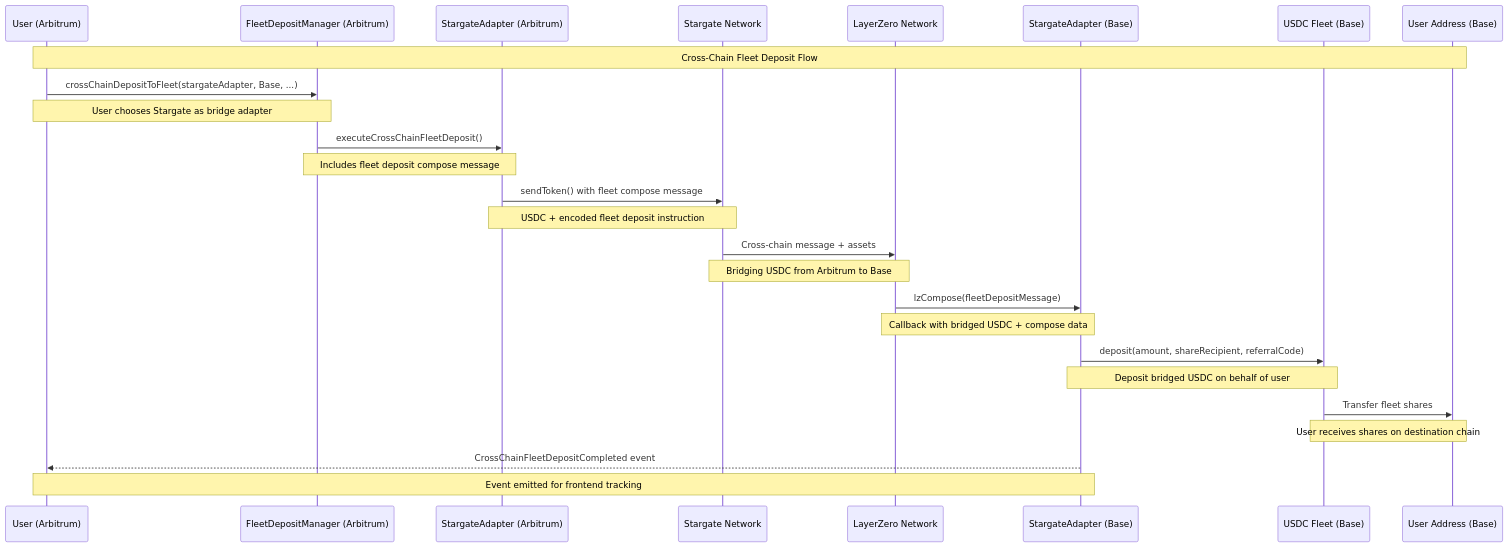
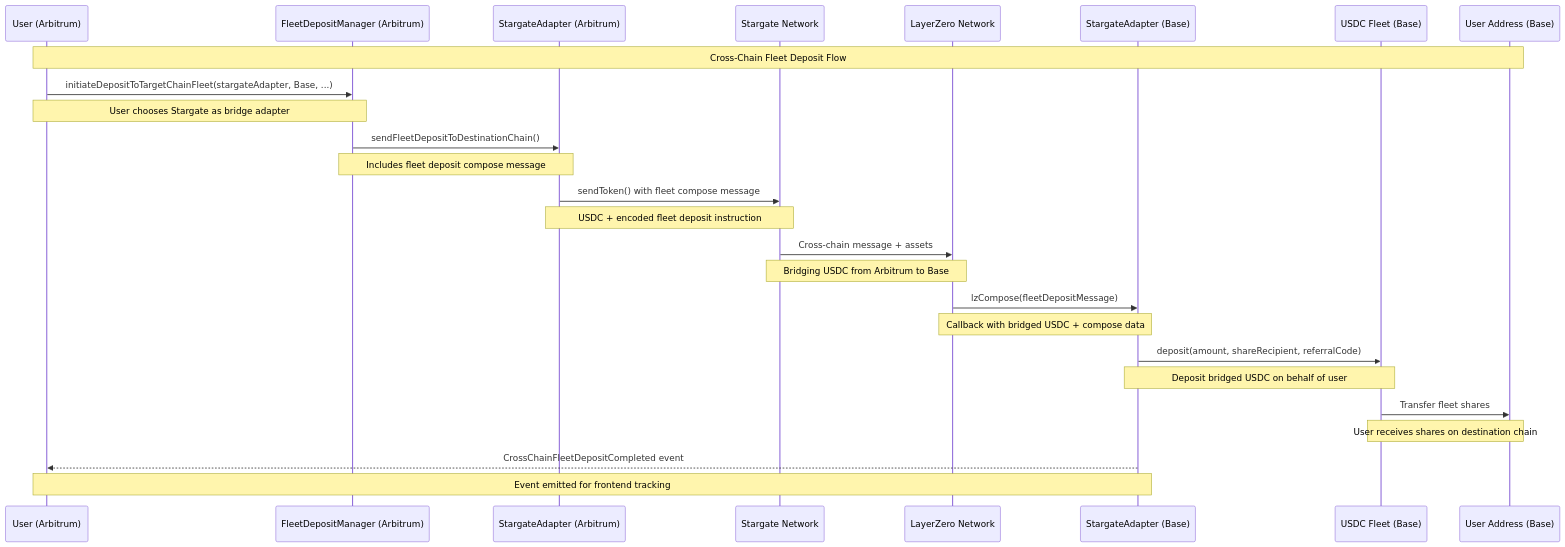
The third of 3 diagrams in packages/core-contracts/CROSS_CHAIN_FLEET_DEPOSITS.md (OasisDEX/summer-earn-protocol), drawn with Mermaid before and after one commit. The commit also changed other lines of this file and 6 other files, not shown here.

First line of the commit message:
refactor: rename and update fleet deposit functions for clarity and consistency

````diff
--- a/packages/core-contracts/CROSS_CHAIN_FLEET_DEPOSITS.md
+++ b/packages/core-contracts/CROSS_CHAIN_FLEET_DEPOSITS.md
@@ -254,41 +256,41 @@
 ```mermaid
 sequenceDiagram
     participant User as User (Arbitrum)
     participant FleetDepositManager as FleetDepositManager (Arbitrum)
     participant SourceAdapter as StargateAdapter (Arbitrum)  
     participant Stargate as Stargate Network
     participant LayerZero as LayerZero Network
     participant DestAdapter as StargateAdapter (Base)
     participant FleetCommander as USDC Fleet (Base)
     participant ShareRecipient as User Address (Base)
 
     Note over User,ShareRecipient: Cross-Chain Fleet Deposit Flow
     
     %% Source Chain Operations
-    User->>FleetDepositManager: crossChainDepositToFleet(stargateAdapter, Base, ...)
+    User->>FleetDepositManager: initiateDepositToTargetChainFleet(stargateAdapter, Base, ...)
     Note over User,FleetDepositManager: User chooses Stargate as bridge adapter
     
-    FleetDepositManager->>SourceAdapter: executeCrossChainFleetDeposit()
+    FleetDepositManager->>SourceAdapter: sendFleetDepositToDestinationChain()
     Note over FleetDepositManager,SourceAdapter: Includes fleet deposit compose message
     
     SourceAdapter->>Stargate: sendToken() with fleet compose message
     Note over SourceAdapter,Stargate: USDC + encoded fleet deposit instruction
     
     %% Cross-Chain Bridge
     Stargate->>LayerZero: Cross-chain message + assets
     Note over Stargate,LayerZero: Bridging USDC from Arbitrum to Base
     
     %% Destination Chain Operations  
     LayerZero->>DestAdapter: lzCompose(fleetDepositMessage)
     Note over LayerZero,DestAdapter: Callback with bridged USDC + compose data
     
     DestAdapter->>FleetCommander: deposit(amount, shareRecipient, referralCode)
     Note over DestAdapter,FleetCommander: Deposit bridged USDC on behalf of user
     
     FleetCommander->>ShareRecipient: Transfer fleet shares
     Note over FleetCommander,ShareRecipient: User receives shares on destination chain
     
     %% Success Event
     DestAdapter-->>User: CrossChainFleetDepositCompleted event
     Note over DestAdapter,User: Event emitted for frontend tracking
 ```
````
